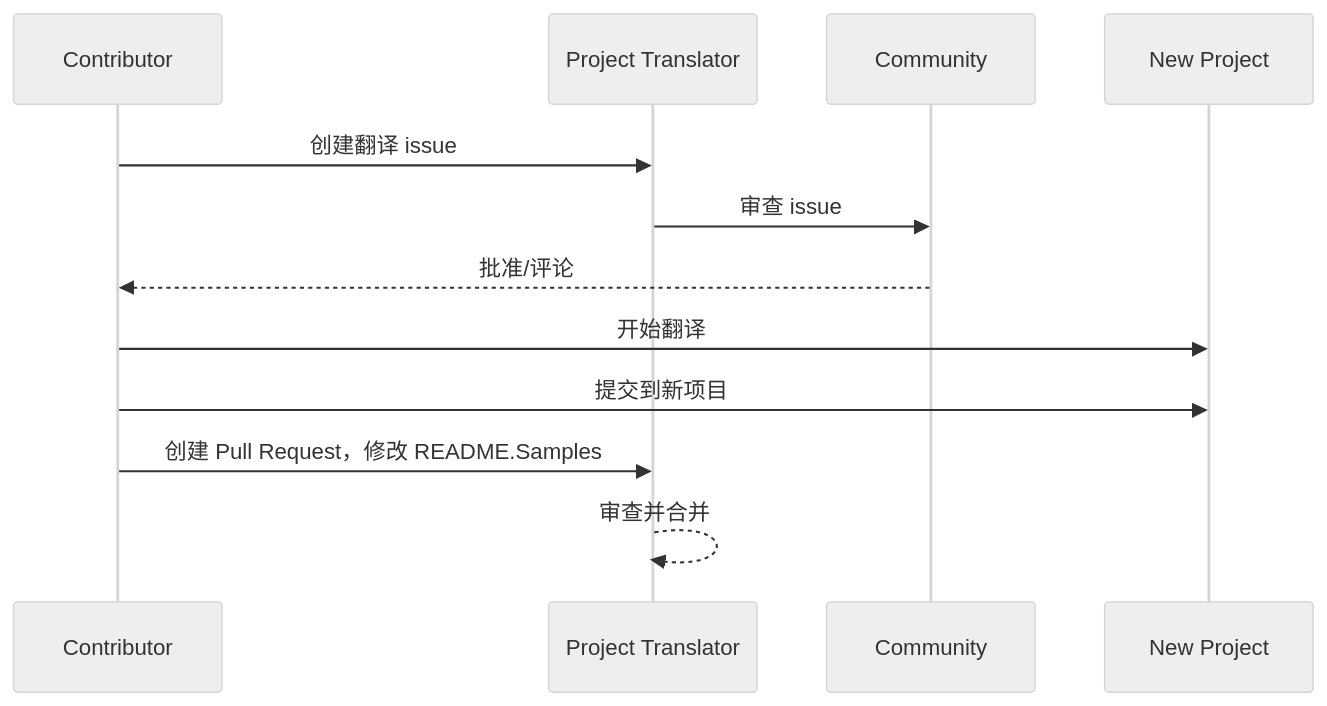
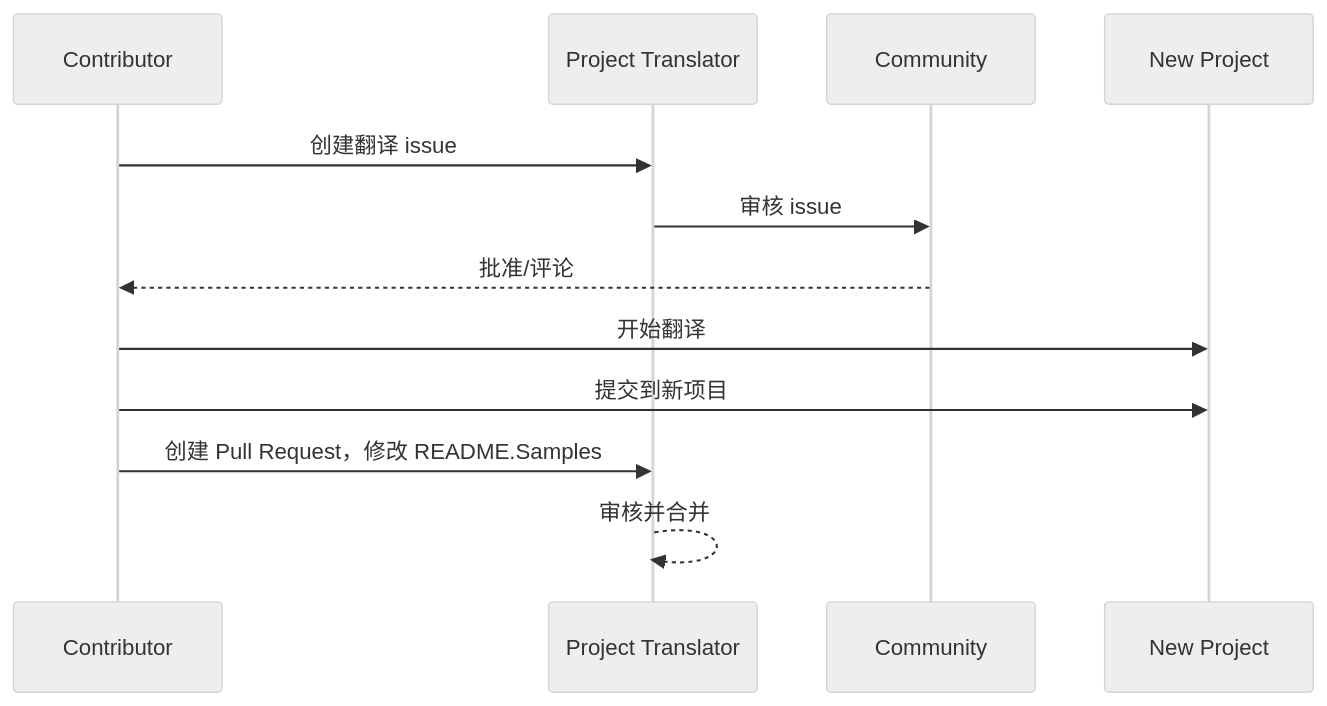
One commit to Project-Translation/project_translator changed the diagram in readmes/README.zh-cn.md. Above: the diagram before and after it, drawn with Mermaid (neutral theme). The commit also changed other lines of this file and 52 other files, not shown here.

````diff
--- a/readmes/README.zh-cn.md
+++ b/readmes/README.zh-cn.md
@@ -56,10 +63,10 @@
 ```mermaid
 sequenceDiagram
   Contributor->>Project Translator: 创建翻译 issue
-  Project Translator->>Community: 审查 issue
+  Project Translator->>Community: 审核 issue
   Community-->>Contributor: 批准/评论
   Contributor->>New Project: 开始翻译
   Contributor->>New Project: 提交到新项目
   Contributor->>Project Translator: 创建 Pull Request，修改 README.Samples
-  Project Translator-->>Project Translator: 审查并合并
+  Project Translator-->>Project Translator: 审核并合并
 ```
````
